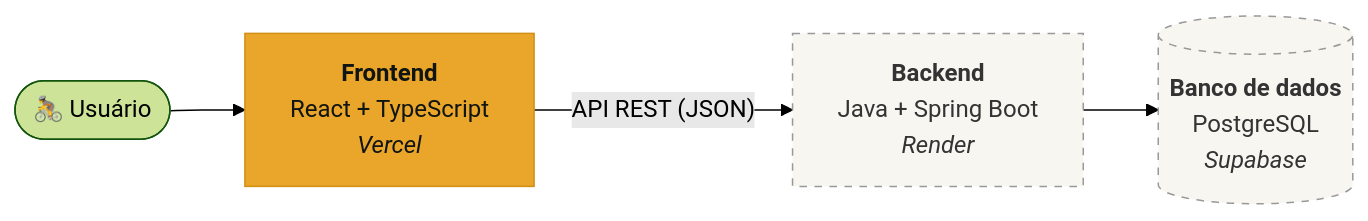
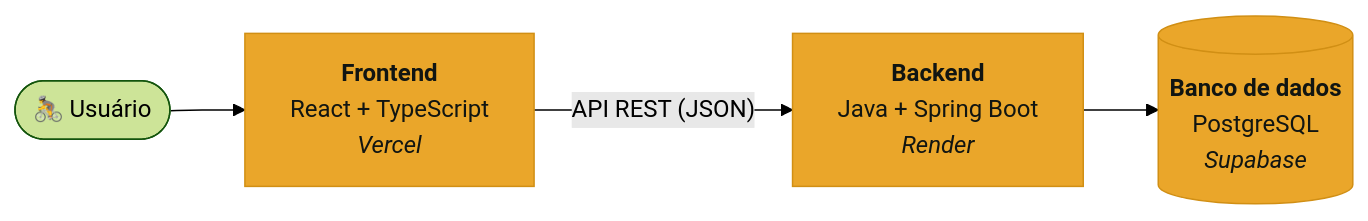
One commit to fabio-furlan/fb-cicloturismo changed the first of 2 diagrams in README.md. Above: the diagram before and after it, drawn with Mermaid (forest theme). The commit also changed other lines of this file, not shown here.

````diff
--- a/README.md
+++ b/README.md
@@ -83,11 +90,10 @@
 ```mermaid
 flowchart LR
     U(["🚴 Usuário"]) --> F["<b>Frontend</b><br/>React + TypeScript<br/><i>Vercel</i>"]
     F -- "API REST (JSON)" --> B["<b>Backend</b><br/>Java + Spring Boot<br/><i>Render</i>"]
     B --> D[("<b>Banco de dados</b><br/>PostgreSQL<br/><i>Supabase</i>")]
 
     classDef pronto fill:#eaa62a,stroke:#d18f14,color:#111512
     classDef planejado fill:#f8f6f1,stroke:#999,color:#333,stroke-dasharray:5 5
-    class F pronto
-    class B,D planejado
+    class F,B,D pronto
 ```
````
